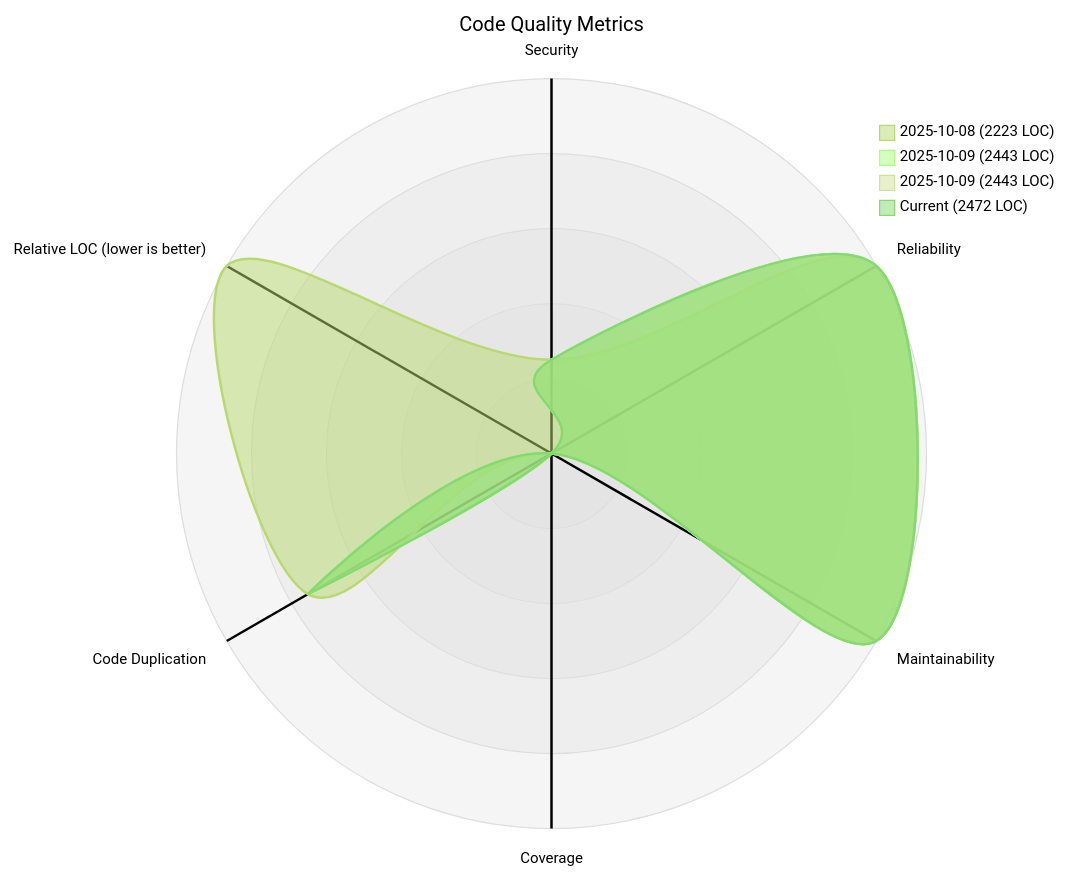
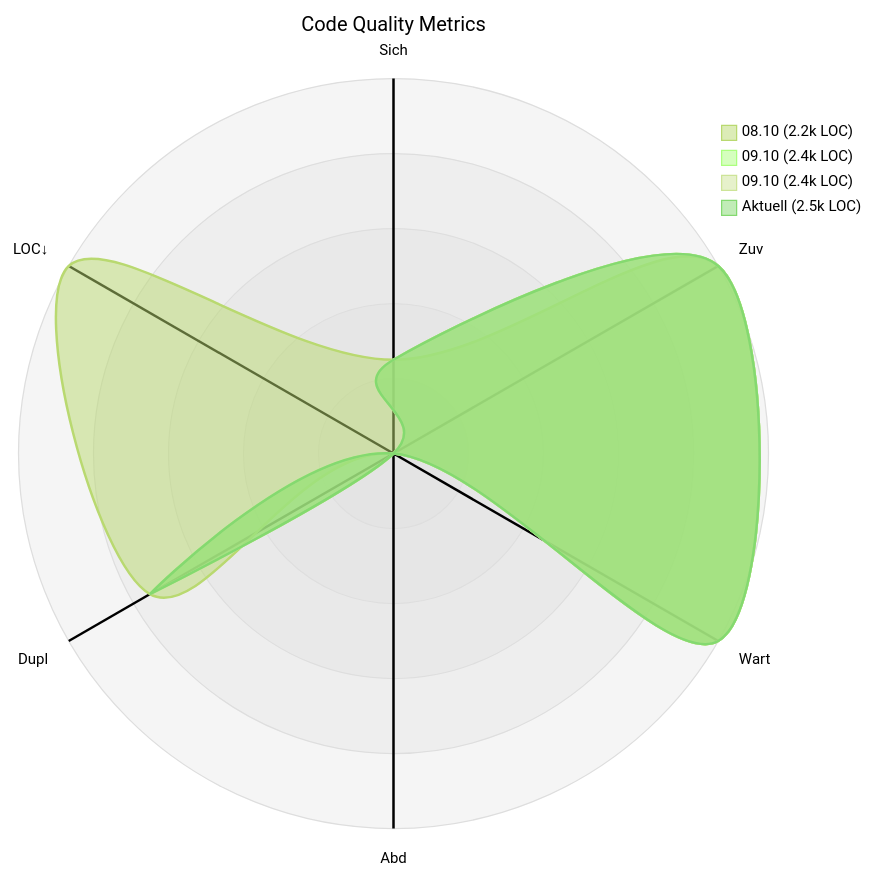
The diagram in codequality/report.md (merlinbecker/CodexMiroir), drawn with Mermaid (forest theme) before and after one commit. The commit also changed other lines of this file, not shown here.

Commit message:
Update code quality report [skip ci]

````diff
--- a/codequality/report.md
+++ b/codequality/report.md
@@ -5,14 +5,13 @@
 ```mermaid
 ---
 title: "Code Quality Metrics"
 ---
 radar-beta
-  axis s["Security"], r["Reliability"], m["Maintainability"]
-  axis c["Coverage"], d["Code Duplication"], l["Relative LOC (lower is better)"]
-  curve p_2025_10_08_2223_LOC_["2025-10-08 (2223 LOC)"]{2, 5, 5, 0, 4, 5}
-  curve p_2025_10_09_2443_LOC_["2025-10-09 (2443 LOC)"]{2, 5, 5, 0, 4, 1}
-  curve p_2025_10_09_2443_LOC_["2025-10-09 (2443 LOC)"]{2, 5, 5, 0, 4, 1}
-  curve p_Current_2472_LOC_["Current (2472 LOC)"]{2, 5, 5, 0, 4, 1}
+  axis s["Sich"], r["Zuv"], m["Wart"], c["Abd"], d["Dupl"], l["LOC↓"]
+  curve p_08_10_2_2k_LOC_["08.10 (2.2k LOC)"]{2, 5, 5, 0, 4, 5}
+  curve p_09_10_2_4k_LOC_["09.10 (2.4k LOC)"]{2, 5, 5, 0, 4, 1}
+  curve p_09_10_2_4k_LOC_["09.10 (2.4k LOC)"]{2, 5, 5, 0, 4, 1}
+  curve p_Aktuell_2_5k_LOC_["Aktuell (2.5k LOC)"]{2, 5, 5, 0, 4, 1}
   max 5
   min 1
 ```
````
